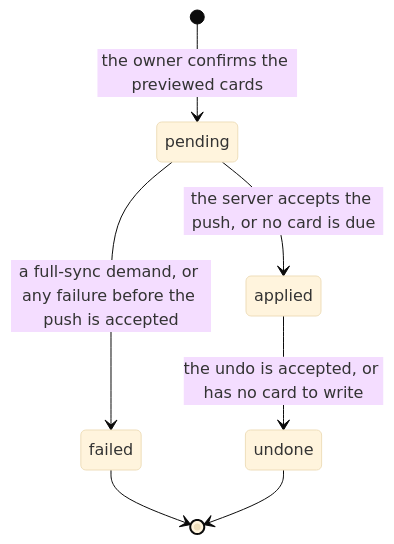
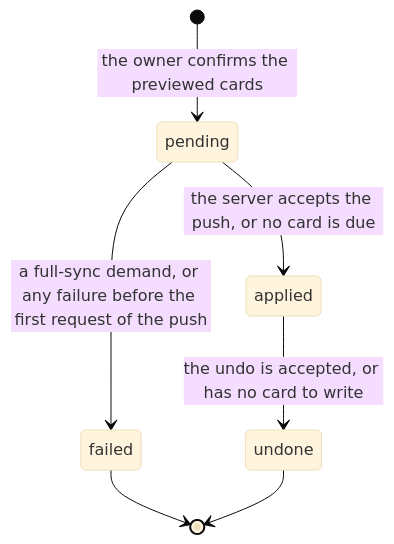
One commit to RexRenatus/deck-streak changed the second of 4 diagrams in docs/schematics/skip-day-record-and-effects.md. Above: the diagram before and after it, drawn with Mermaid (base theme). The commit also changed other lines of this file, not shown here.

First line of the commit message:
docs(schematic): show the settings a push carries and a lost answer

````diff
--- a/docs/schematics/skip-day-record-and-effects.md
+++ b/docs/schematics/skip-day-record-and-effects.md
@@ -56,9 +63,9 @@
 ```mermaid
 stateDiagram-v2
   [*] --> pending: the owner confirms the previewed cards
   pending --> applied: the server accepts the push, or no card is due
-  pending --> failed: a full-sync demand, or any failure before the push is accepted
+  pending --> failed: a full-sync demand, or any failure before the first request of the push
   applied --> undone: the undo is accepted, or has no card to write
   failed --> [*]
   undone --> [*]
 ```
````
